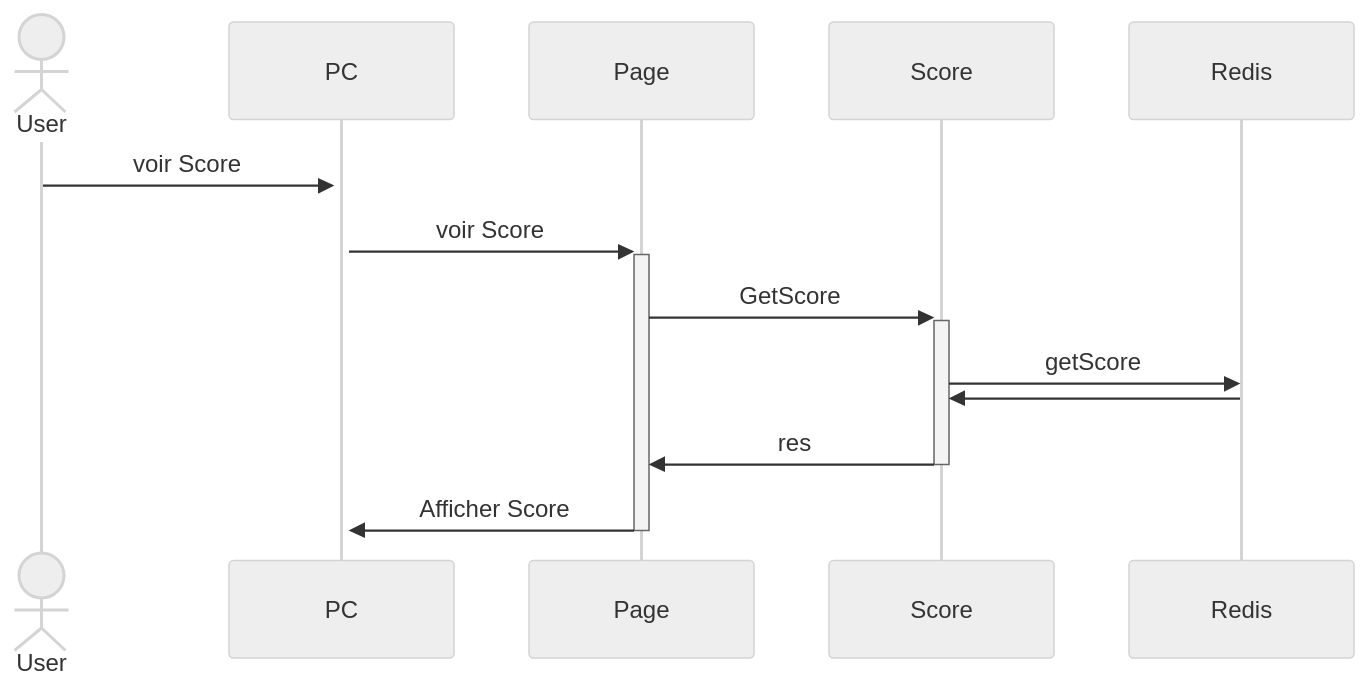
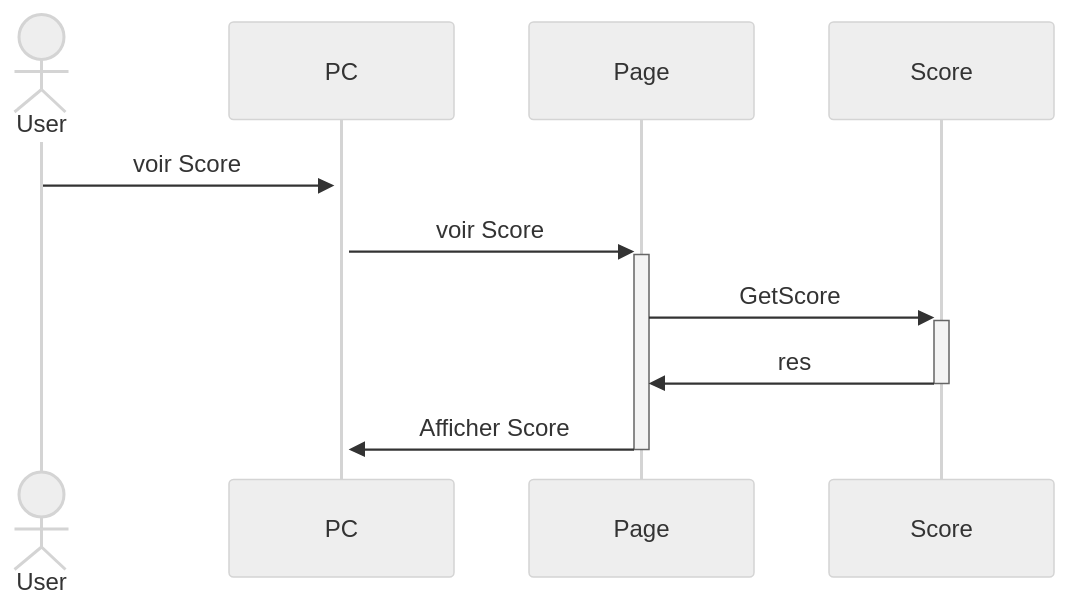
Before and after one commit to PMootz/Motus: the third of 4 diagrams in README.md, drawn with Mermaid (neutral theme). The commit also changed other lines of this file, not shown here.

````diff
--- a/README.md
+++ b/README.md
@@ -97,11 +93,9 @@
  ```mermaid
 sequenceDiagram
 actor User
     User->>+PC : voir Score
     PC->>+Page : voir Score 
     Page->>+Score : GetScore
-    Score->>Redis : getScore
-    Redis->>Score : 
     Score->>-Page : res
     Page->>-PC : Afficher Score
 ```
````
